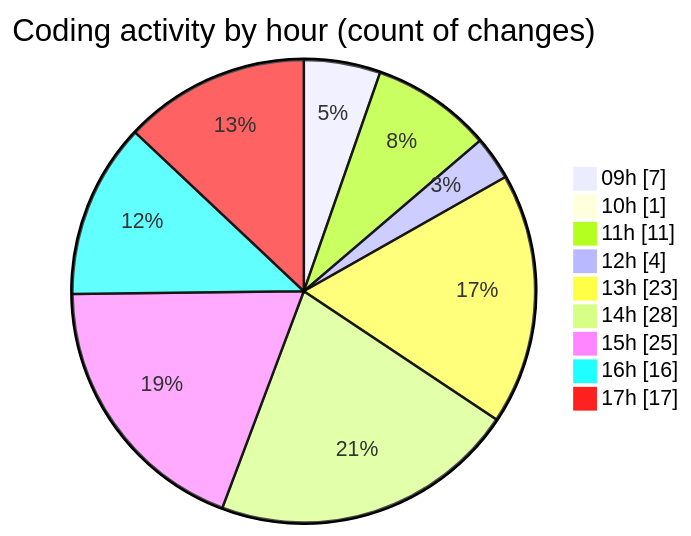
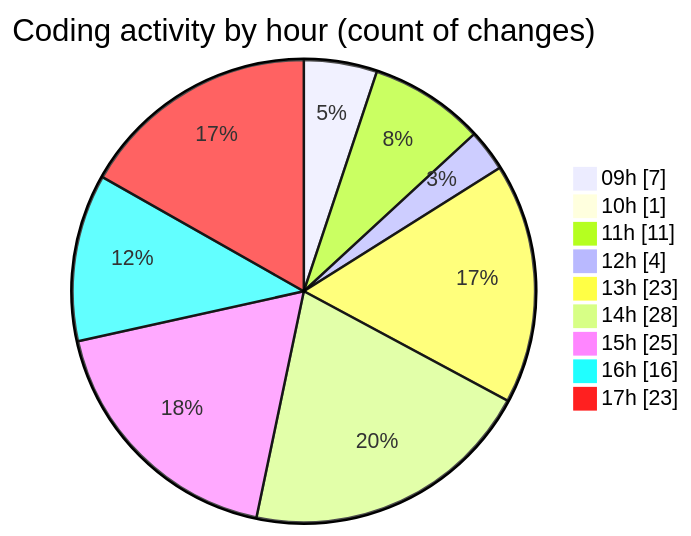
One commit to momahboobian/code-tracking changed the second of 2 diagrams in 2026-04-22/cda/README.md. Above: the diagram before and after it, drawn with Mermaid. The commit also changed other lines of this file and 1 other file, not shown here.

````diff
--- a/2026-04-22/cda/README.md
+++ b/2026-04-22/cda/README.md
@@ -51,13 +52,13 @@
 ```mermaid
 pie showData
 title Coding activity by hour (count of changes)
 "09h" : 7
 "10h" : 1
 "11h" : 11
 "12h" : 4
 "13h" : 23
 "14h" : 28
 "15h" : 25
 "16h" : 16
-"17h" : 17
+"17h" : 23
 ```
````
